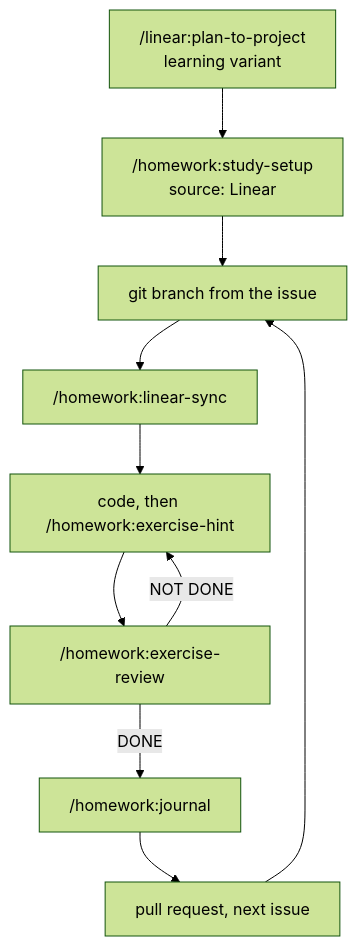
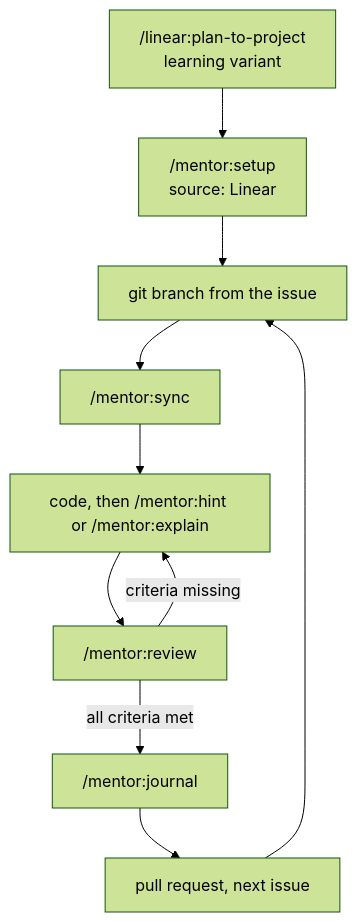
The diagram in docs/workflows/personal-project-linear.md (aaimeraud/skills), drawn with Mermaid (forest theme) before and after one commit. The commit also changed other lines of this file and 26 other files, not shown here.

First line of the commit message:
feat(education): move Linear support from homework to a mentor plugin

````diff
--- a/docs/workflows/personal-project-linear.md
+++ b/docs/workflows/personal-project-linear.md
@@ -9,12 +9,12 @@
 ```mermaid
 flowchart TD
-    A["/linear:plan-to-project<br/>learning variant"] --> B["/homework:study-setup<br/>source: Linear"]
+    A["/linear:plan-to-project<br/>learning variant"] --> B["/mentor:setup<br/>source: Linear"]
     B --> C["git branch from the issue"]
-    C --> D["/homework:linear-sync"]
-    D --> E["code, then /homework:exercise-hint"]
-    E --> F["/homework:exercise-review"]
-    F -->|"NOT DONE"| E
-    F -->|"DONE"| G["/homework:journal"]
+    C --> D["/mentor:sync"]
+    D --> E["code, then /mentor:hint or /mentor:explain"]
+    E --> F["/mentor:review"]
+    F -->|"criteria missing"| E
+    F -->|"all criteria met"| G["/mentor:journal"]
     G --> H["pull request, next issue"]
     H --> C
 ```
````
